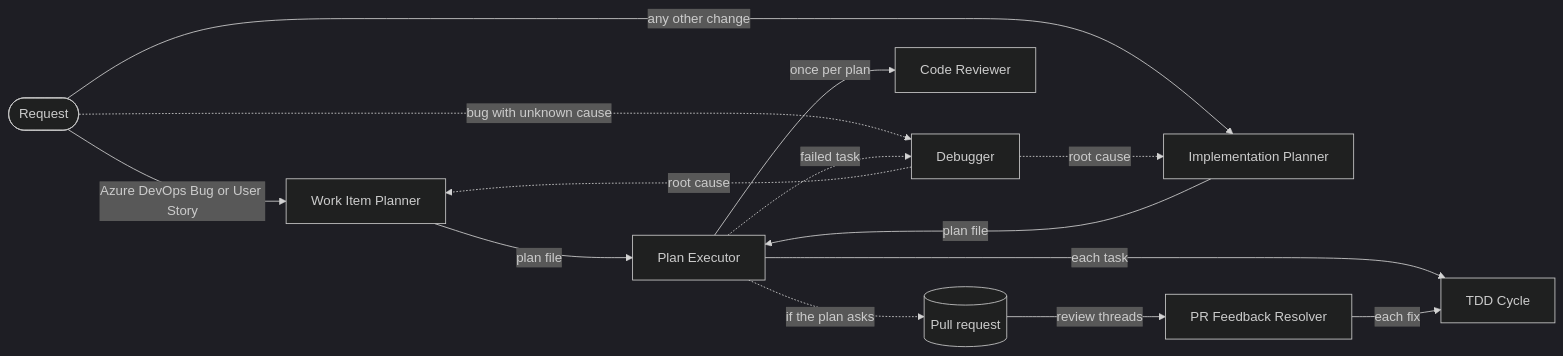
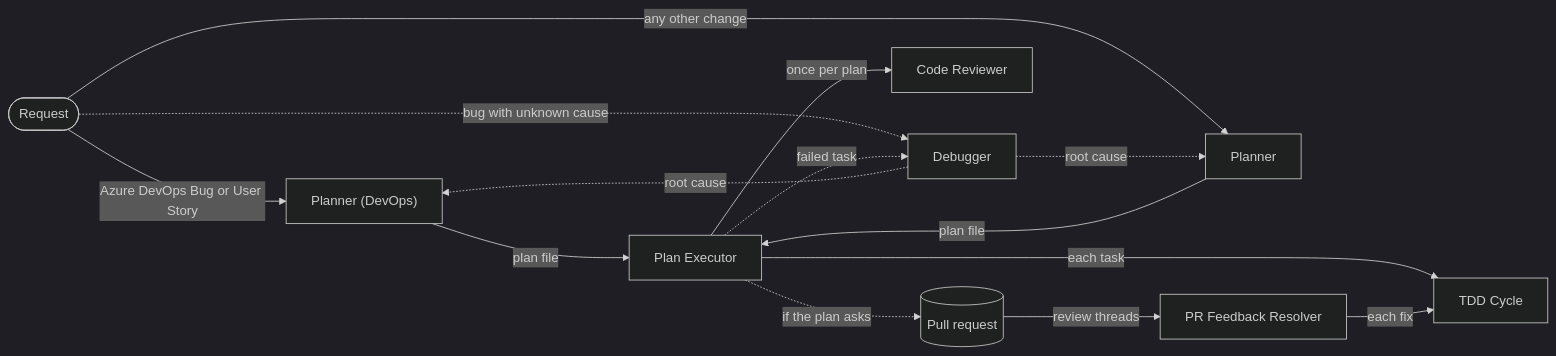
Before and after one commit to mcbodge/copilot-agent-team: the diagram in README.md, drawn with Mermaid (dark theme). The commit also changed other lines of this file and 10 other files, not shown here.

````diff
--- a/README.md
+++ b/README.md
@@ -22,16 +22,16 @@
 ```mermaid
 flowchart LR
-    REQ([Request]) -->|Azure DevOps Bug or User Story| WIP[Work Item Planner]
-    REQ -->|any other change| IMP[Implementation Planner]
+    REQ([Request]) -->|Azure DevOps Bug or User Story| WIP["Planner (DevOps)"]
+    REQ -->|any other change| IMP[Planner]
     REQ -.->|bug with unknown cause| DBG[Debugger]
     DBG -.->|root cause| WIP
     DBG -.->|root cause| IMP
     WIP -->|plan file| EX[Plan Executor]
     IMP -->|plan file| EX
     EX -->|each task| TDD[TDD Cycle]
     EX -->|once per plan| REV[Code Reviewer]
     EX -.->|failed task| DBG
     EX -.->|if the plan asks| PR[(Pull request)]
     PR -->|review threads| PFR[PR Feedback Resolver]
     PFR -->|each fix| TDD
 ```
````
